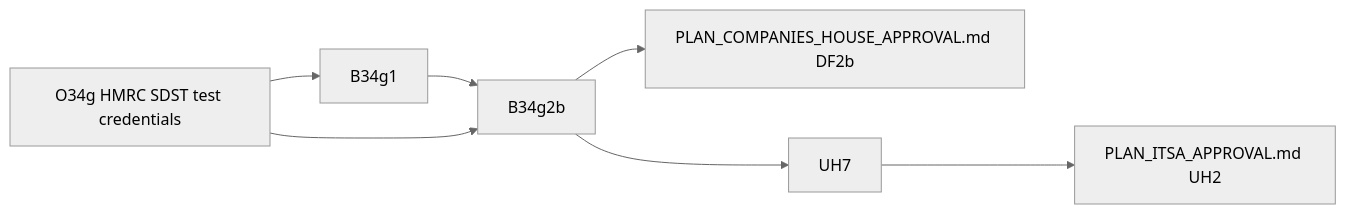
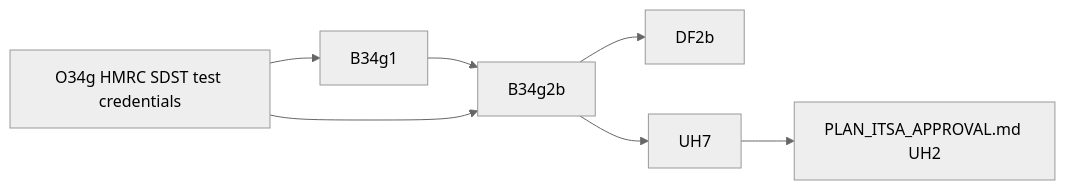
One commit to diy-accounting-uk/submit.diyaccounting.co.uk changed the diagram in PLAN_HMRC_CT_APPROVAL.md. Above: the diagram before and after it, drawn with Mermaid (neutral theme). The commit also changed other lines of this file and 3 other files, not shown here.

````diff
--- a/PLAN_HMRC_CT_APPROVAL.md
+++ b/PLAN_HMRC_CT_APPROVAL.md
@@ -42,9 +43,9 @@
 ```mermaid
 flowchart LR
     O34g[O34g HMRC SDST test credentials] --> B34g1
     B34g1 --> B34g2b
     O34g --> B34g2b
-    B34g2b --> DF2b["PLAN_COMPANIES_HOUSE_APPROVAL.md DF2b"]
+    B34g2b --> DF2b
     B34g2b --> UH7
     UH7 --> UH2["PLAN_ITSA_APPROVAL.md UH2"]
 ```
````
